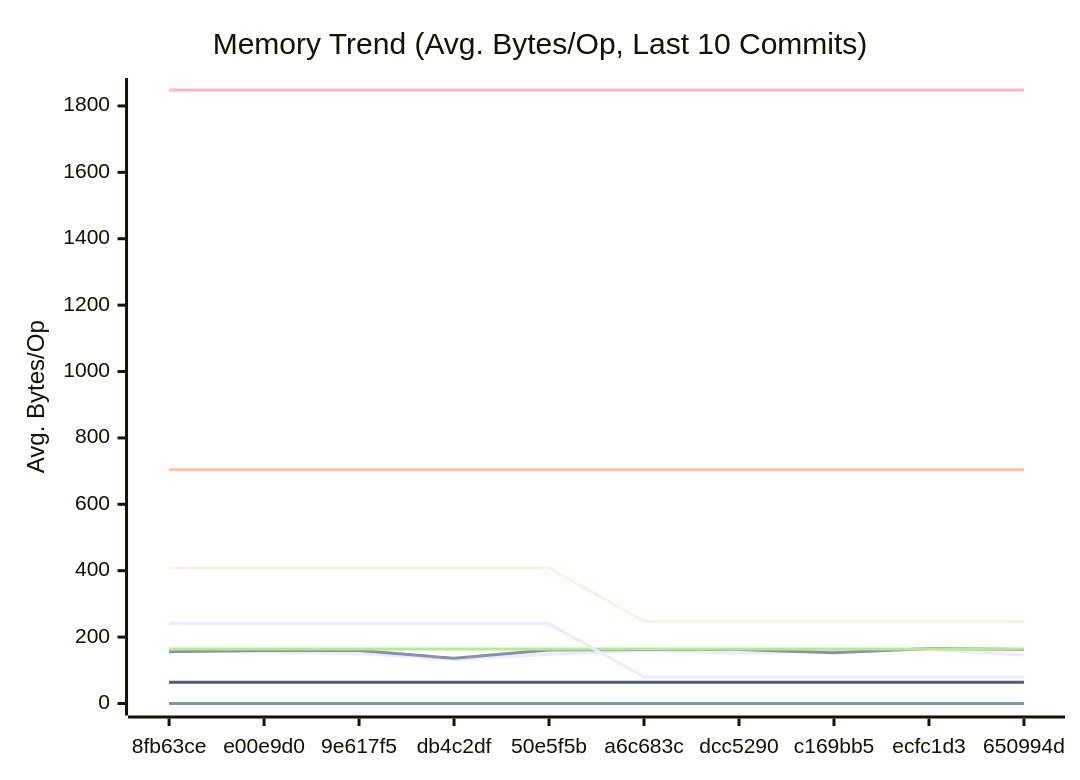
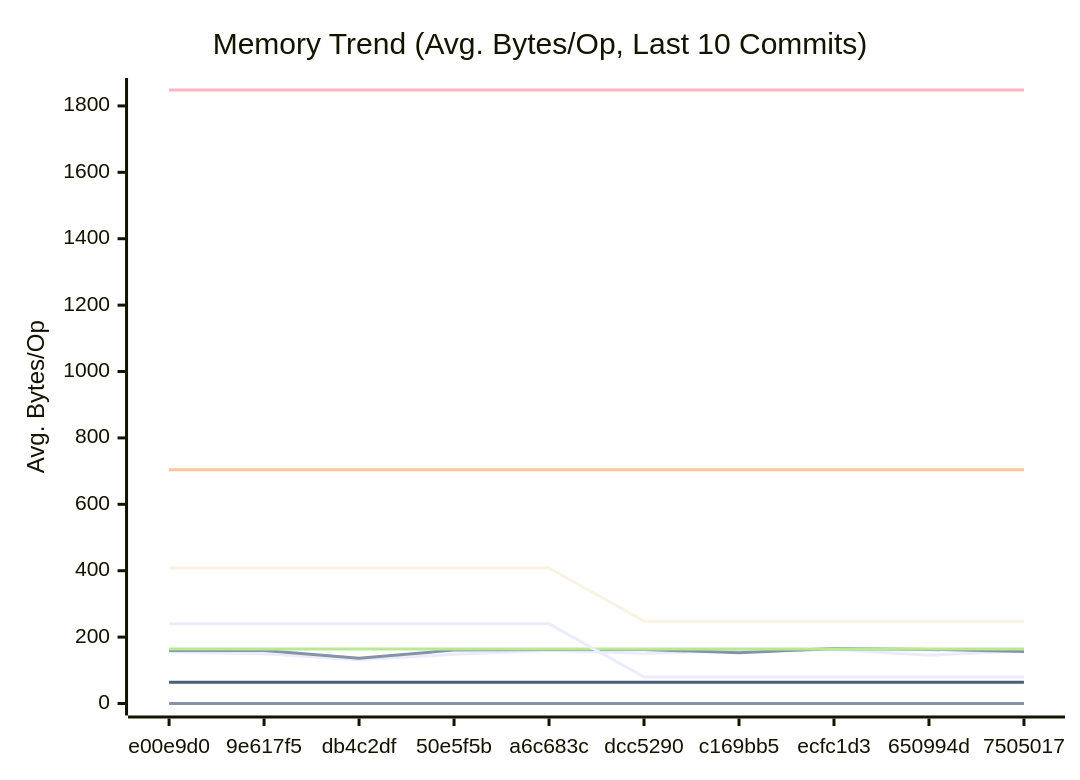
Before and after one commit to alsotoes/momo: the second of 3 diagrams in docs/PERFORMANCE.md, drawn with Mermaid. The commit also changed other lines of this file and 5 other files, not shown here.

````diff
--- a/docs/PERFORMANCE.md
+++ b/docs/PERFORMANCE.md
@@ -171,20 +171,20 @@
 ```mermaid
 xychart-beta
     title "Memory Trend (Avg. Bytes/Op, Last 10 Commits)"
     x-axis "Commit"
     y-axis "Avg. Bytes/Op"
-    x-axis [8fb63ce,e00e9d0,9e617f5,db4c2df,50e5f5b,a6c683c,dcc5290,c169bb5,ecfc1d3,650994d]
-    line "AWSChunkedReaderSigned" [160,155,150,132,148,160,151,158,163,145]
-    line "AWSChunkedReaderUnsigned" [156,160,160,136,161,163,163,153,166,163]
+    x-axis [e00e9d0,9e617f5,db4c2df,50e5f5b,a6c683c,dcc5290,c169bb5,ecfc1d3,650994d,7505017]
+    line "AWSChunkedReaderSigned" [155,150,132,148,160,151,158,163,145,159]
+    line "AWSChunkedReaderUnsigned" [160,160,136,161,163,163,153,166,163,157]
     line "CheckMetricsAndSwap" [0,0,0,0,0,0,0,0,0,0]
     line "CrushOptimized" [0,0,0,0,0,0,0,0,0,0]
     line "CrushOriginal" [164,164,164,164,164,164,164,164,164,164]
     line "IndexDirectTracking" [0,0,0,0,0,0,0,0,0,0]
     line "IndexSearch" [0,0,0,0,0,0,0,0,0,0]
     line "LoadGlobalConfig" [1848,1848,1848,1848,1848,1848,1848,1848,1848,1848]
     line "PadString" [64,64,64,64,64,64,64,64,64,64]
     line "ParseReplicationOrder_NoPrealloc" [408,408,408,408,408,248,248,248,248,248]
     line "ParseReplicationOrder_Prealloc" [240,240,240,240,240,80,80,80,80,80]
     line "SanitizeLog/Safe" [0,0,0,0,0,0,0,0,0,0]
     line "SanitizeLog/Unsafe" [704,704,704,704,704,704,704,704,704,704]
 ```
````
